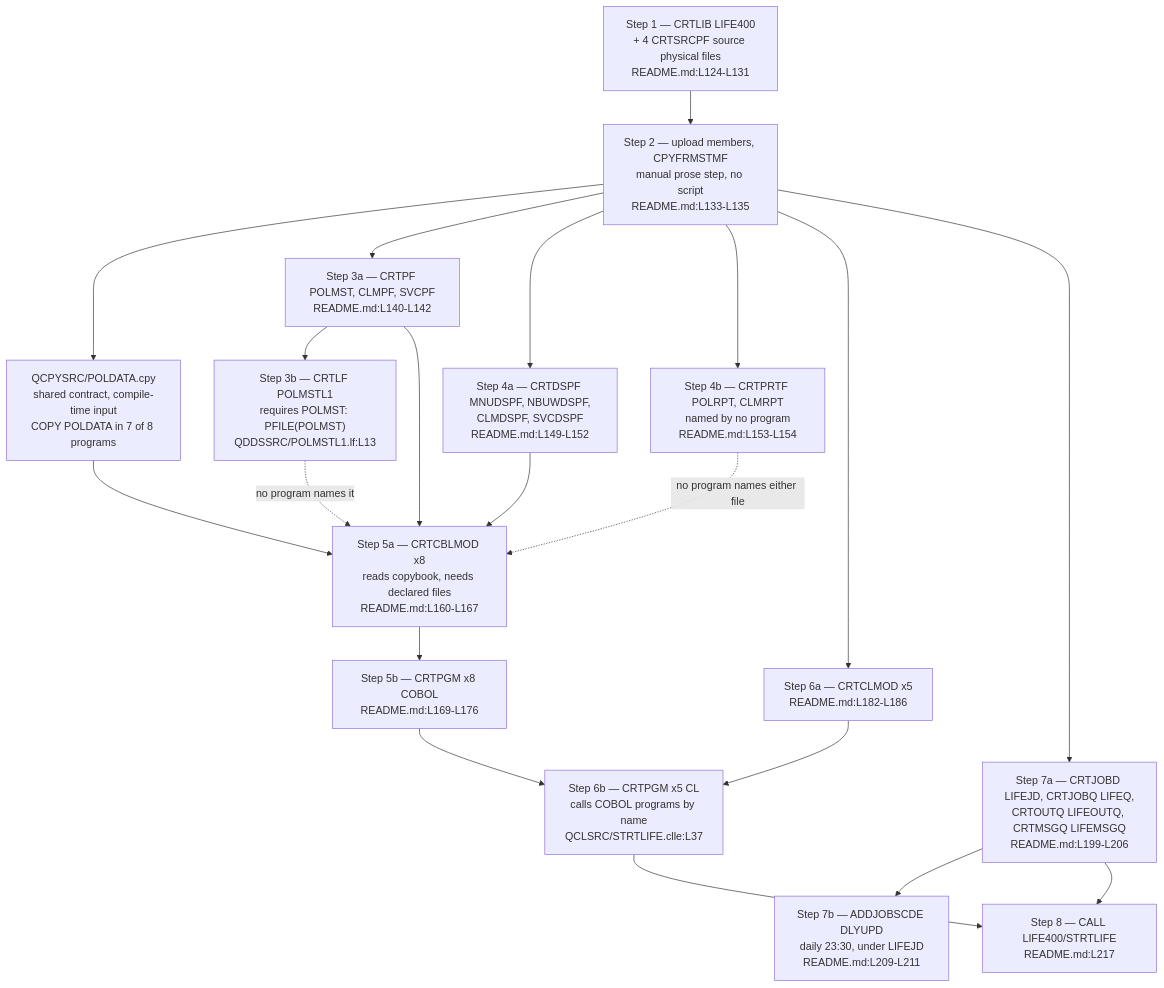
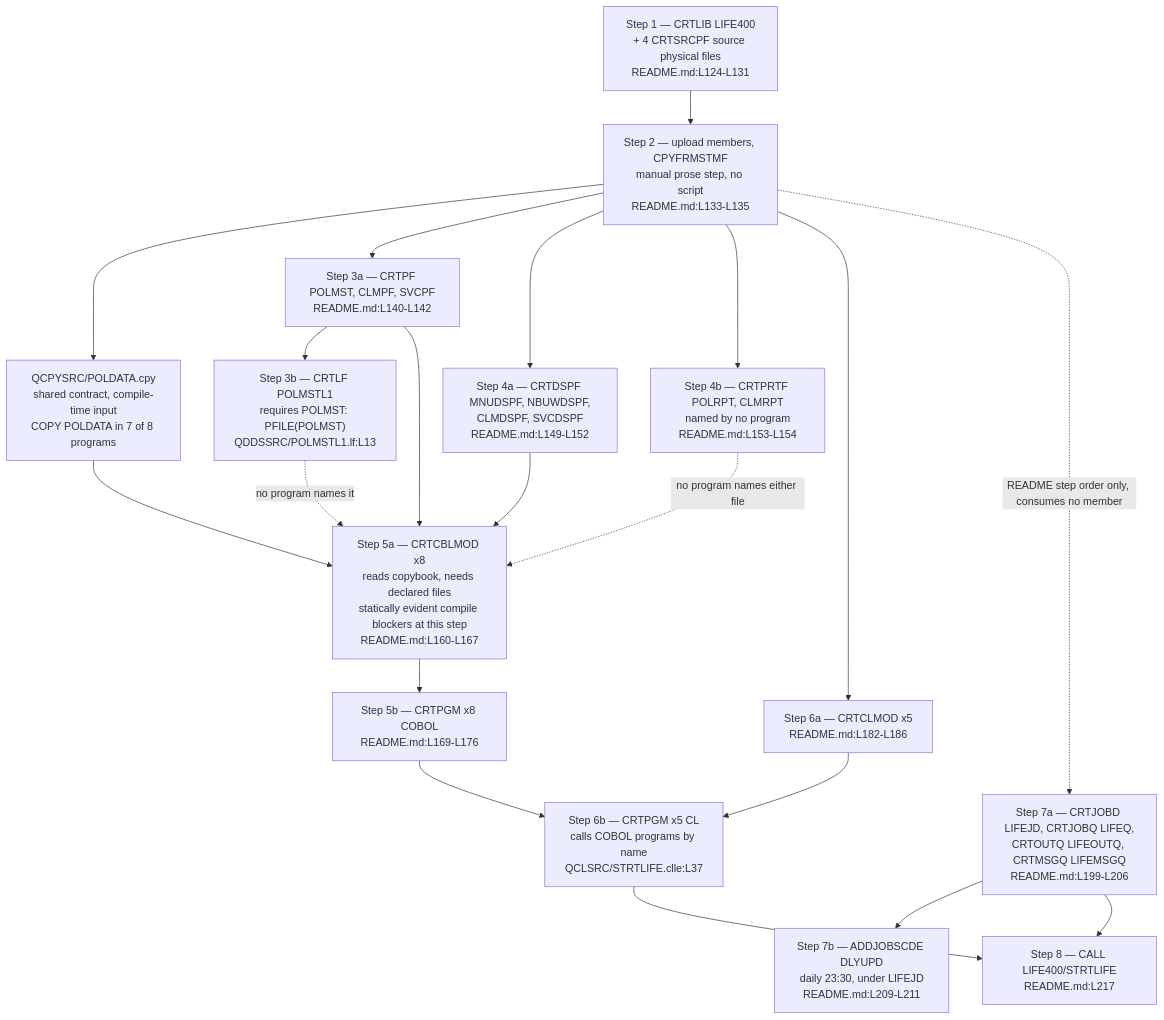
Before and after one commit to blitzy-public-samples/blitzy-LIFE400: the second of 2 diagrams in docs/modernization/current-state/06-operational-model.md, drawn with Mermaid. The commit also changed other lines of this file and 10 other files, not shown here.

````diff
--- a/docs/modernization/current-state/06-operational-model.md
+++ b/docs/modernization/current-state/06-operational-model.md
@@ -268,40 +312,40 @@
 ```mermaid
 flowchart TD
     S1["Step 1 — CRTLIB LIFE400<br/>+ 4 CRTSRCPF source physical files<br/>README.md:L124-L131"]
     S2["Step 2 — upload members, CPYFRMSTMF<br/>manual prose step, no script<br/>README.md:L133-L135"]
 
     CPY["QCPYSRC/POLDATA.cpy<br/>shared contract, compile-time input<br/>COPY POLDATA in 7 of 8 programs"]
     PF["Step 3a — CRTPF POLMST, CLMPF, SVCPF<br/>README.md:L140-L142"]
     LF["Step 3b — CRTLF POLMSTL1<br/>requires POLMST: PFILE(POLMST)<br/>QDDSSRC/POLMSTL1.lf:L13"]
     DSP["Step 4a — CRTDSPF MNUDSPF, NBUWDSPF,<br/>CLMDSPF, SVCDSPF<br/>README.md:L149-L152"]
     PRT["Step 4b — CRTPRTF POLRPT, CLMRPT<br/>named by no program<br/>README.md:L153-L154"]
 
-    CBLMOD["Step 5a — CRTCBLMOD x8<br/>reads copybook, needs declared files<br/>README.md:L160-L167"]
+    CBLMOD["Step 5a — CRTCBLMOD x8<br/>reads copybook, needs declared files<br/>statically evident compile blockers at this step<br/>README.md:L160-L167"]
     CBLPGM["Step 5b — CRTPGM x8 COBOL<br/>README.md:L169-L176"]
     CLMOD["Step 6a — CRTCLMOD x5<br/>README.md:L182-L186"]
     CLPGM["Step 6b — CRTPGM x5 CL<br/>calls COBOL programs by name<br/>QCLSRC/STRTLIFE.clle:L37"]
 
     WM["Step 7a — CRTJOBD LIFEJD, CRTJOBQ LIFEQ,<br/>CRTOUTQ LIFEOUTQ, CRTMSGQ LIFEMSGQ<br/>README.md:L199-L206"]
     SCD["Step 7b — ADDJOBSCDE DLYUPD<br/>daily 23:30, under LIFEJD<br/>README.md:L209-L211"]
     S8["Step 8 — CALL LIFE400/STRTLIFE<br/>README.md:L217"]
 
     S1 --> S2
     S2 --> CPY
     S2 --> PF
     S2 --> DSP
     S2 --> PRT
     PF --> LF
     CPY --> CBLMOD
     PF --> CBLMOD
     DSP --> CBLMOD
     CBLMOD --> CBLPGM
     S2 --> CLMOD
     CLMOD --> CLPGM
     CBLPGM --> CLPGM
     WM --> SCD
-    S2 --> WM
+    S2 -.->|"README step order only, consumes no member"| WM
     CLPGM --> S8
     WM --> S8
     PRT -.->|"no program names either file"| CBLMOD
     LF -.->|"no program names it"| CBLMOD
 ```
````
